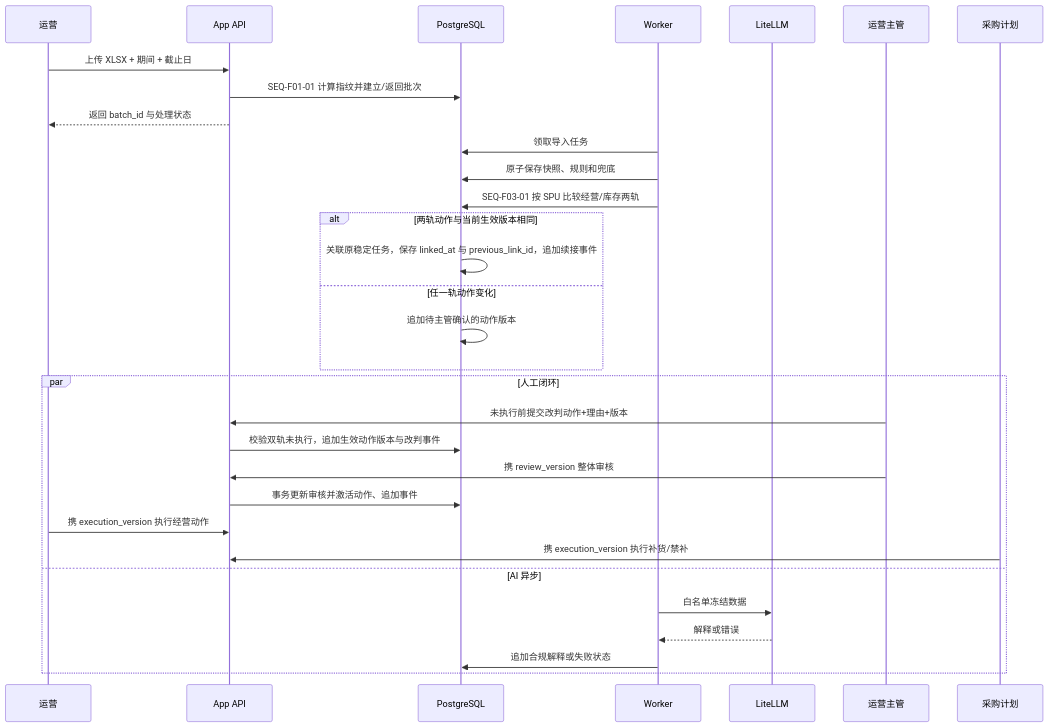
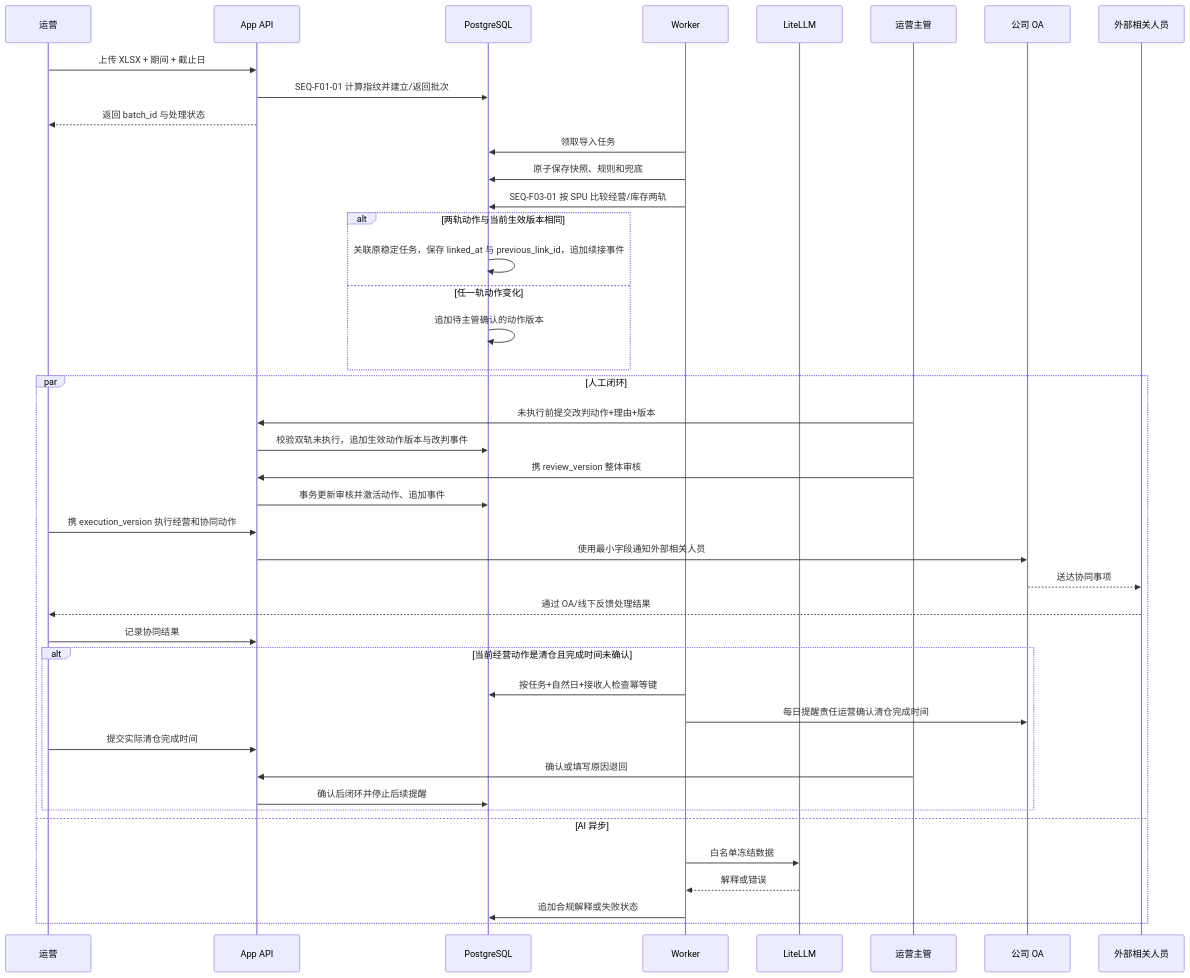
One commit to johnsonsmilequran/profit-decision-engine changed the second of 2 diagrams in 趣然AI商品经营利润决策助手/output/技术方案.md. Above: the diagram before and after it, drawn with Mermaid. The commit also changed other lines of this file and 31 other files, not shown here.

````diff
--- a/趣然AI商品经营利润决策助手/output/技术方案.md
+++ b/趣然AI商品经营利润决策助手/output/技术方案.md
@@ -214,34 +220,45 @@
 ```mermaid
 sequenceDiagram
     participant OP as 运营
     participant API as App API
     participant DB as PostgreSQL
     participant WK as Worker
     participant AI as LiteLLM
     participant MG as 运营主管
-    participant BUY as 采购计划
+    participant OA as 公司 OA
+    participant EXT as 外部相关人员
 
     OP->>API: 上传 XLSX + 期间 + 截止日
     API->>DB: SEQ-F01-01 计算指纹并建立/返回批次
     API-->>OP: 返回 batch_id 与处理状态
     WK->>DB: 领取导入任务
     WK->>DB: 原子保存快照、规则和兜底
     WK->>DB: SEQ-F03-01 按 SPU 比较经营/库存两轨
     alt 两轨动作与当前生效版本相同
         DB->>DB: 关联原稳定任务，保存 linked_at 与 previous_link_id，追加续接事件
     else 任一轨动作变化
         DB->>DB: 追加待主管确认的动作版本
     end
     par 人工闭环
         MG->>API: 未执行前提交改判动作+理由+版本
         API->>DB: 校验双轨未执行，追加生效动作版本与改判事件
         MG->>API: 携 review_version 整体审核
         API->>DB: 事务更新审核并激活动作、追加事件
-        OP->>API: 携 execution_version 执行经营动作
-        BUY->>API: 携 execution_version 执行补货/禁补
+        OP->>API: 携 execution_version 执行经营和协同动作
+        API->>OA: 使用最小字段通知外部相关人员
+        OA-->>EXT: 送达协同事项
+        EXT-->>OP: 通过 OA/线下反馈处理结果
+        OP->>API: 记录协同结果
+        alt 当前经营动作是清仓且完成时间未确认
+            WK->>DB: 按任务+自然日+接收人检查幂等键
+            WK->>OA: 每日提醒责任运营确认清仓完成时间
+            OP->>API: 提交实际清仓完成时间
+            MG->>API: 确认或填写原因退回
+            API->>DB: 确认后闭环并停止后续提醒
+        end
     and AI 异步
         WK->>AI: 白名单冻结数据
         AI-->>WK: 解释或错误
         WK->>DB: 追加合规解释或失败状态
     end
 ```
````
